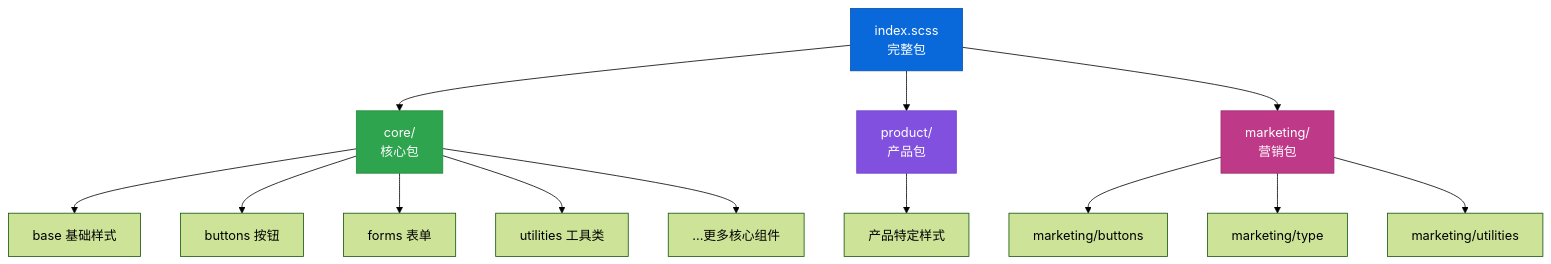
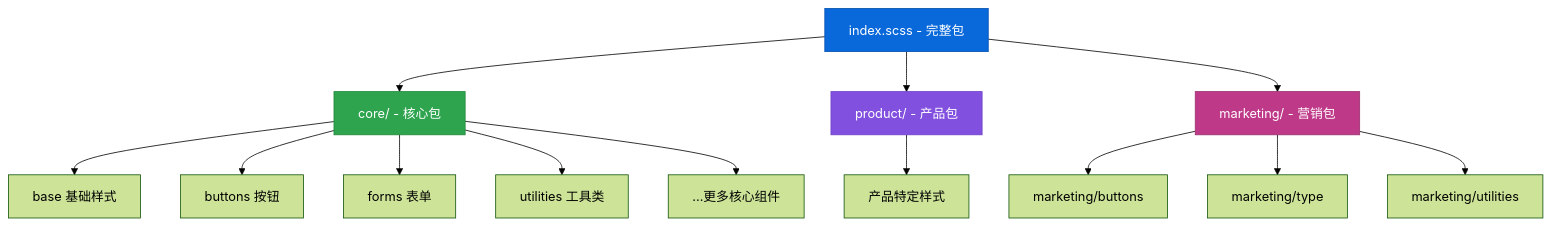
The fourth of 6 diagrams in learn/02-architecture.md (Cleam/primer-css), drawn with Mermaid (forest theme) before and after one commit. The commit also changed other lines of this file and 10 other files, not shown here.

First line of the commit message:
Fix mermaid diagram syntax for GitHub rendering compatibility

````diff
--- a/learn/02-architecture.md
+++ b/learn/02-architecture.md
@@ -198,24 +198,24 @@
 ```mermaid
 graph TB
-    ALL[index.scss<br/>完整包]
-    ALL --> CORE[core/<br/>核心包]
-    ALL --> PROD[product/<br/>产品包]
-    ALL --> MKT[marketing/<br/>营销包]
+    ALL["index.scss - 完整包"]
+    ALL --> CORE["core/ - 核心包"]
+    ALL --> PROD["product/ - 产品包"]
+    ALL --> MKT["marketing/ - 营销包"]
 
-    CORE --> C1[base 基础样式]
-    CORE --> C2[buttons 按钮]
-    CORE --> C3[forms 表单]
-    CORE --> C4[utilities 工具类]
-    CORE --> C5[...更多核心组件]
+    CORE --> C1["base 基础样式"]
+    CORE --> C2["buttons 按钮"]
+    CORE --> C3["forms 表单"]
+    CORE --> C4["utilities 工具类"]
+    CORE --> C5["...更多核心组件"]
 
-    PROD --> P1[产品特定样式]
+    PROD --> P1["产品特定样式"]
 
-    MKT --> M1[marketing/buttons]
-    MKT --> M2[marketing/type]
-    MKT --> M3[marketing/utilities]
+    MKT --> M1["marketing/buttons"]
+    MKT --> M2["marketing/type"]
+    MKT --> M3["marketing/utilities"]
 
     style ALL fill:#0969da,stroke:#0550ae,color:#fff
     style CORE fill:#2ea44f,stroke:#218838,color:#fff
     style PROD fill:#8250df,stroke:#6e40c9,color:#fff
     style MKT fill:#bf3989,stroke:#99306f,color:#fff
 ```
````
